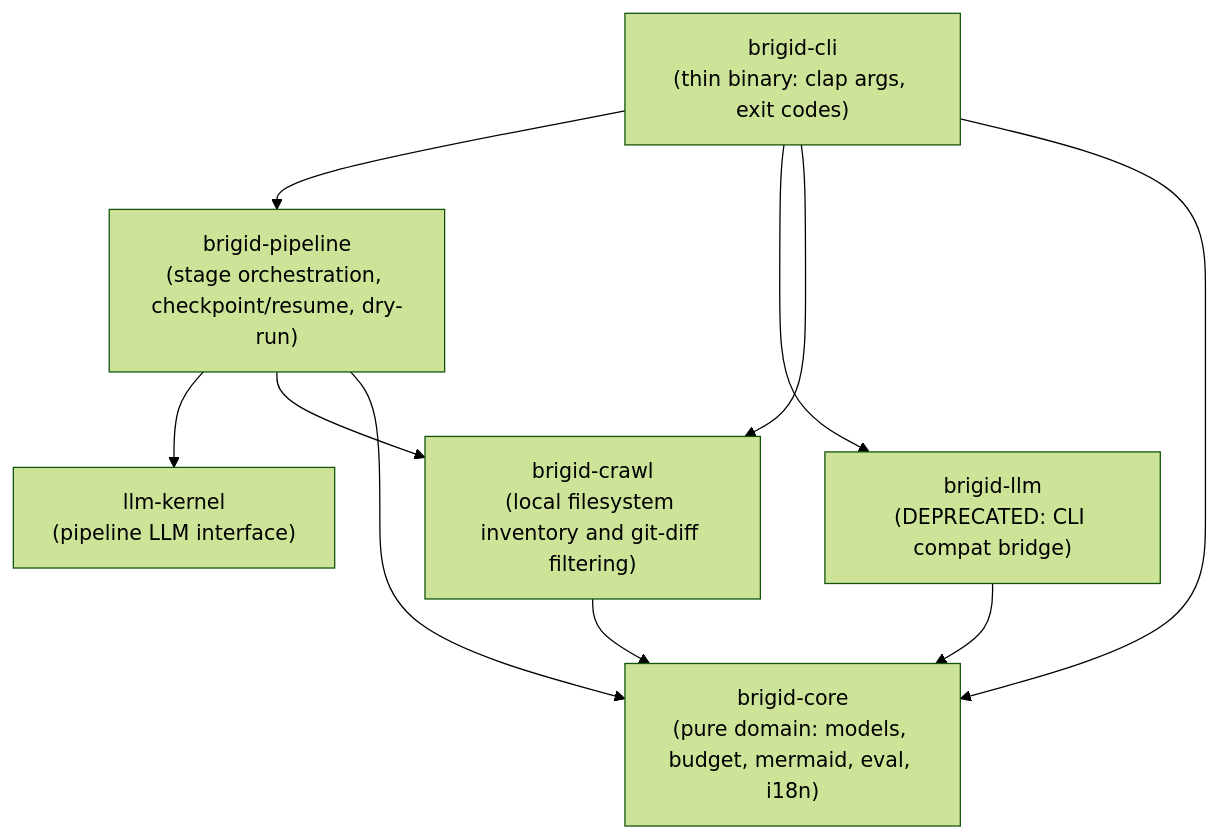
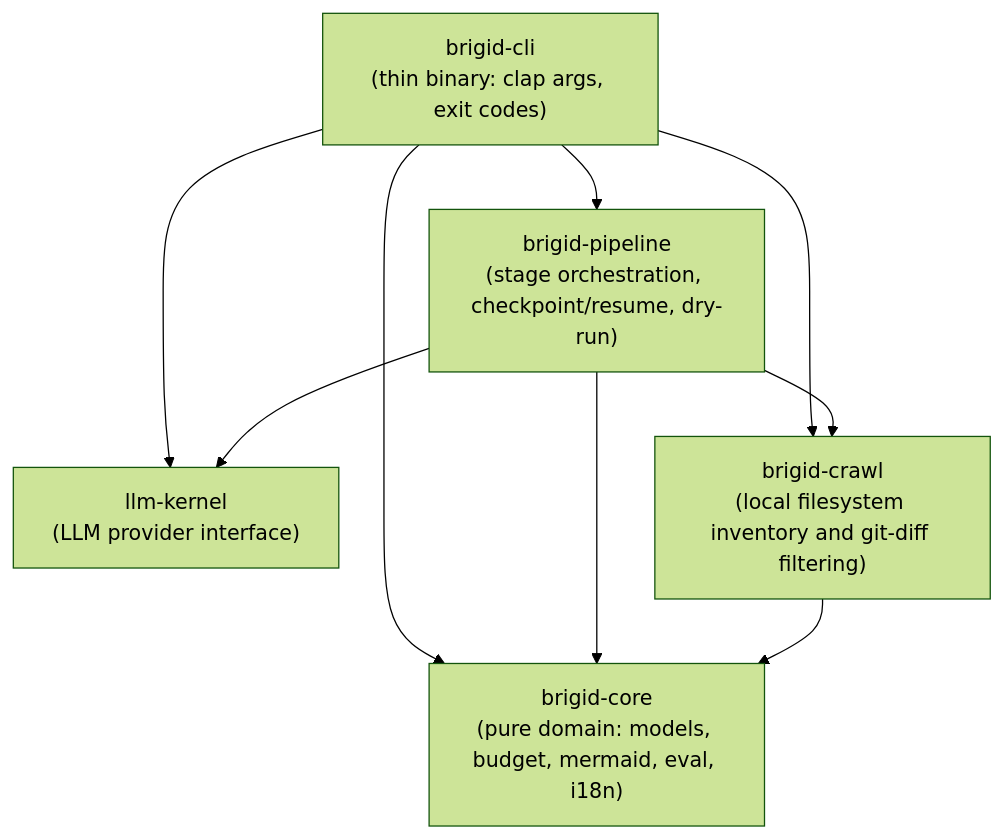
Before and after one commit to igmarin/brigid: the first of 3 diagrams in ARCHITECTURE.md, drawn with Mermaid (forest theme). The commit also changed other lines of this file and 19 other files, not shown here.

First line of the commit message:
Phase 4: remove brigid-llm crate (issue #297) (#299)

````diff
--- a/ARCHITECTURE.md
+++ b/ARCHITECTURE.md
@@ -18,19 +18,17 @@
 ```mermaid
 graph TD
     CLI["brigid-cli<br/>(thin binary: clap args, exit codes)"]
     Pipeline["brigid-pipeline<br/>(stage orchestration, checkpoint/resume, dry-run)"]
-    LLMKernel["llm-kernel<br/>(pipeline LLM interface)"]
-    LegacyLLM["brigid-llm<br/>(DEPRECATED: CLI compat bridge)"]
+    LLMKernel["llm-kernel<br/>(LLM provider interface)"]
     Crawl["brigid-crawl<br/>(local filesystem inventory and git-diff filtering)"]
     Core["brigid-core<br/>(pure domain: models, budget, mermaid, eval, i18n)"]
 
     CLI --> Pipeline
-    CLI --> LegacyLLM
+    CLI --> LLMKernel
     CLI --> Crawl
     CLI --> Core
     Pipeline --> LLMKernel
     Pipeline --> Crawl
     Pipeline --> Core
-    LegacyLLM --> Core
     Crawl --> Core
 ```
````
